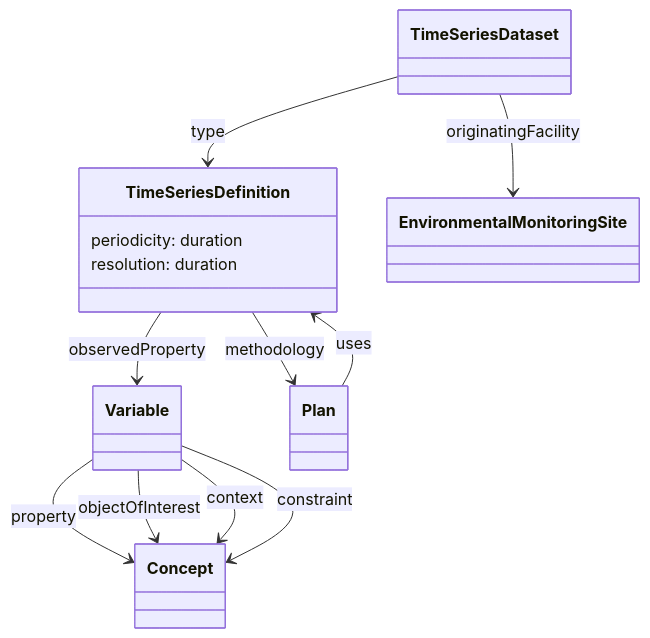
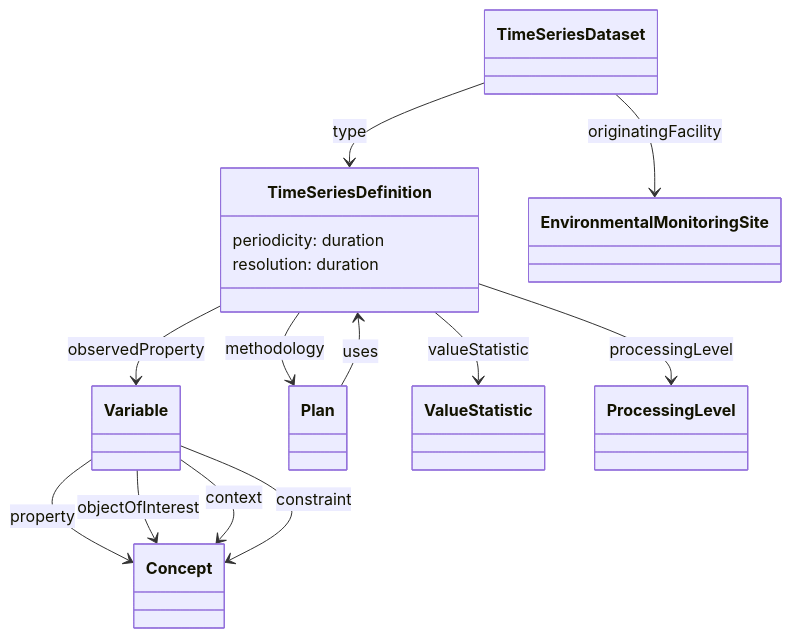
The diagram in ontology/doc/cop-time-series-dataset.md (NERC-CEH/fdri-ontology), drawn with Mermaid before and after one commit. The commit also changed other lines of this file, not shown here.

Commit message:
Add valueStatistic and processingLevel to TimeSeriesDefinition

````diff
--- a/ontology/doc/cop-time-series-dataset.md
+++ b/ontology/doc/cop-time-series-dataset.md
@@ -41,21 +41,24 @@
 ```mermaid
 classDiagram
 class Variable
 class Concept
 class TimeSeriesDefinition {
     periodicity: duration
     resolution: duration
 }
 class TimeSeriesDataset
 class EMSite["EnvironmentalMonitoringSite"]
 
 TimeSeriesDataset --> EMSite: originatingFacility
 TimeSeriesDataset --> TimeSeriesDefinition: type
 TimeSeriesDefinition --> Variable: observedProperty
 TimeSeriesDefinition --> Plan: methodology
+TimeSeriesDefinition --> ValueStatistic: valueStatistic
+TimeSeriesDefinition --> ProcessingLevel: processingLevel
+
 Plan --> TimeSeriesDefinition: uses
 Variable --> Concept: property
 Variable --> Concept: objectOfInterest
 Variable --> Concept: context
 Variable --> Concept: constraint
 ```
````
